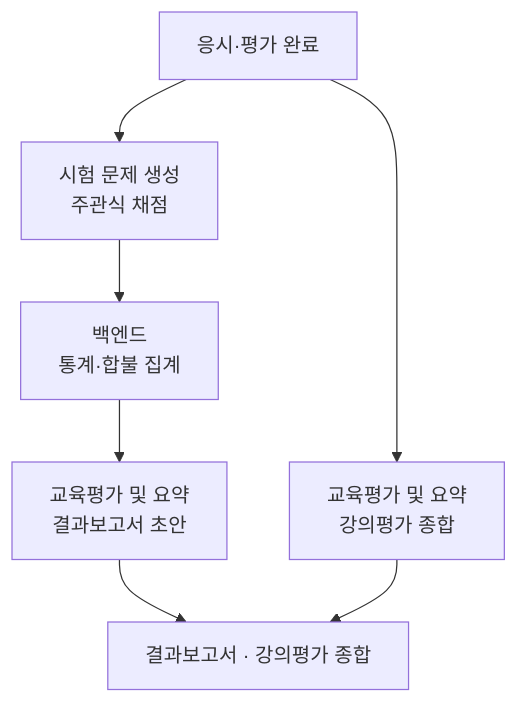
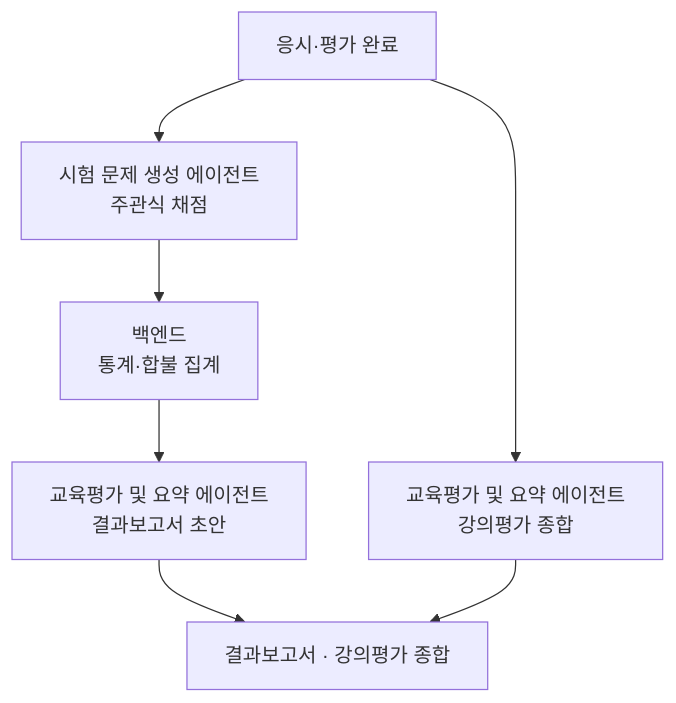
One commit to Doc-AI-Agent-development/Doc-AI-Agent-development.github.io changed the diagram in docs/scenarios/grading-report.md. Above: the diagram before and after it, drawn with Mermaid. The commit also changed 4 other files, not shown here.

First line of the commit message:
Clarify annual plan diagram and name agents in scenario flows

````diff
--- a/docs/scenarios/grading-report.md
+++ b/docs/scenarios/grading-report.md
@@ -27,9 +27,9 @@
 ```mermaid
 flowchart TD
-    SUB["응시·평가 완료"] --> GRADE["시험 문제 생성<br/>주관식 채점"]
+    SUB["응시·평가 완료"] --> GRADE["시험 문제 생성 에이전트<br/>주관식 채점"]
     GRADE --> STAT["백엔드<br/>통계·합불 집계"]
-    STAT --> REP["교육평가 및 요약<br/>결과보고서 초안"]
-    SUB --> REV["교육평가 및 요약<br/>강의평가 종합"]
+    STAT --> REP["교육평가 및 요약 에이전트<br/>결과보고서 초안"]
+    SUB --> REV["교육평가 및 요약 에이전트<br/>강의평가 종합"]
     REP --> DONE["결과보고서 · 강의평가 종합"]
     REV --> DONE
 ```
````
